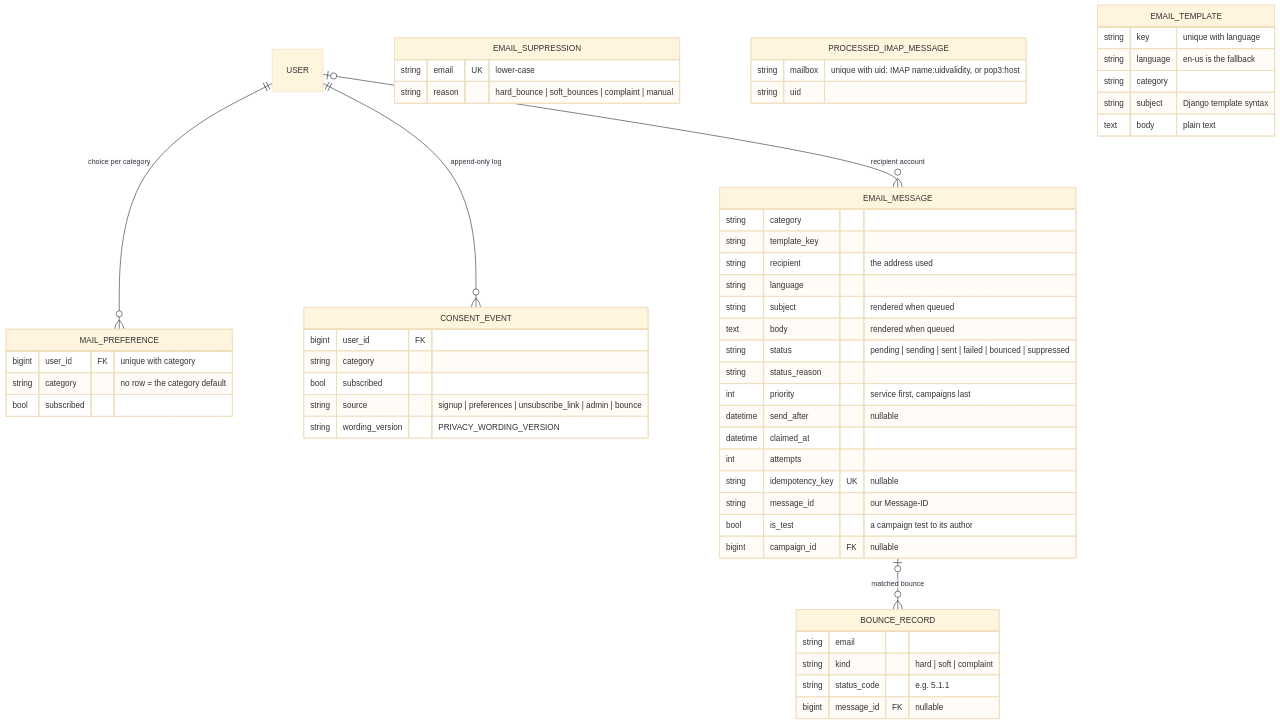
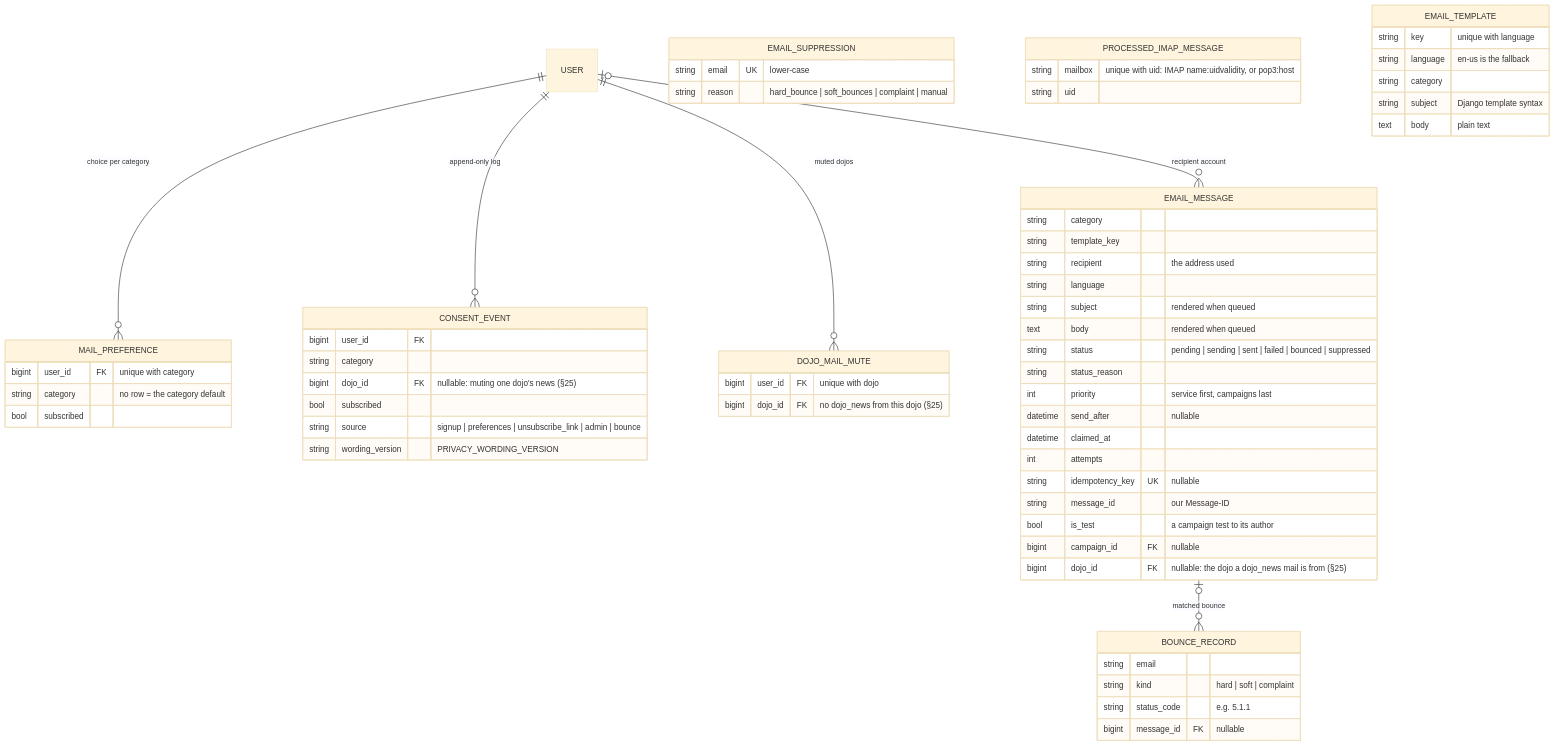
One commit to DoublG/coderdojo-event-registration changed diagram 22 of 31 in DATA_MODEL.md. Above: the diagram before and after it, drawn with Mermaid (base theme). The commit also changed other lines of this file and 24 other files, not shown here.

First line of the commit message:
Mail from a dojo, phase 1: a family can mute one dojo's news (DATA_MODEL.md §25)

````diff
--- a/DATA_MODEL.md
+++ b/DATA_MODEL.md
@@ -1619,59 +1619,66 @@
 ```mermaid
 erDiagram
     USER ||--o{ MAIL_PREFERENCE : "choice per category"
     USER ||--o{ CONSENT_EVENT : "append-only log"
+    USER ||--o{ DOJO_MAIL_MUTE : "muted dojos"
     USER |o--o{ EMAIL_MESSAGE : "recipient account"
     EMAIL_MESSAGE |o--o{ BOUNCE_RECORD : "matched bounce"
 
     MAIL_PREFERENCE {
         bigint user_id FK "unique with category"
         string category "no row = the category default"
         bool subscribed
     }
     CONSENT_EVENT {
         bigint user_id FK
         string category
+        bigint dojo_id FK "nullable: muting one dojo's news (§25)"
         bool subscribed
         string source "signup | preferences | unsubscribe_link | admin | bounce"
         string wording_version "PRIVACY_WORDING_VERSION"
     }
     EMAIL_SUPPRESSION {
         string email UK "lower-case"
         string reason "hard_bounce | soft_bounces | complaint | manual"
     }
     EMAIL_MESSAGE {
         string category
         string template_key
         string recipient "the address used"
         string language
         string subject "rendered when queued"
         text body "rendered when queued"
         string status "pending | sending | sent | failed | bounced | suppressed"
         string status_reason
         int priority "service first, campaigns last"
         datetime send_after "nullable"
         datetime claimed_at
         int attempts
         string idempotency_key UK "nullable"
         string message_id "our Message-ID"
         bool is_test "a campaign test to its author"
         bigint campaign_id FK "nullable"
+        bigint dojo_id FK "nullable: the dojo a dojo_news mail is from (§25)"
+    }
+    DOJO_MAIL_MUTE {
+        bigint user_id FK "unique with dojo"
+        bigint dojo_id FK "no dojo_news from this dojo (§25)"
     }
     BOUNCE_RECORD {
         string email
         string kind "hard | soft | complaint"
         string status_code "e.g. 5.1.1"
         bigint message_id FK "nullable"
     }
     PROCESSED_IMAP_MESSAGE {
         string mailbox "unique with uid: IMAP name:uidvalidity, or pop3:host"
         string uid
     }
     EMAIL_TEMPLATE {
         string key "unique with language"
         string language "en-us is the fallback"
         string category
         string subject "Django template syntax"
         text body "plain text"
     }
 ```
````
